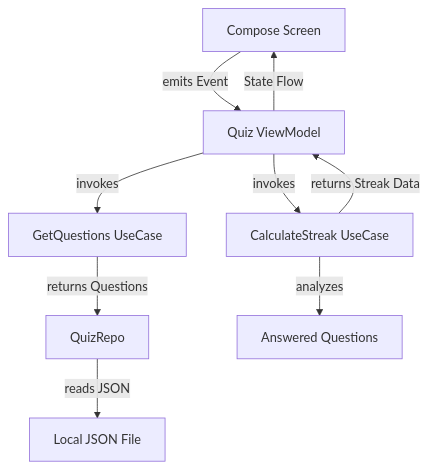
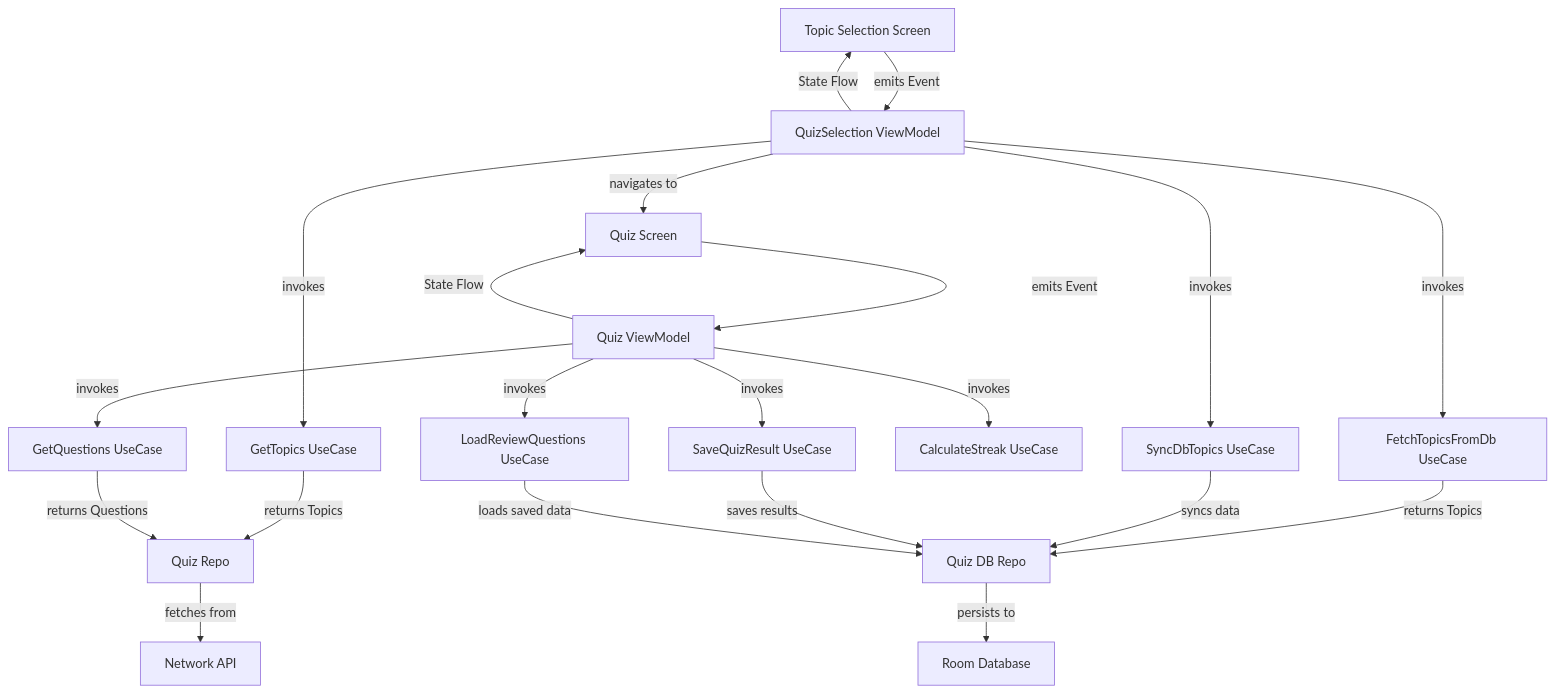
Before and after one commit to dedsec7599/Quiz-App: the diagram in README.md, drawn with Mermaid. The commit also changed other lines of this file, not shown here.

````diff
--- a/README.md
+++ b/README.md
@@ -124,11 +124,29 @@
 ```mermaid
 graph TD;
-ComposeScreen[Compose Screen] -->|emits Event| ViewModel[Quiz ViewModel];
-ViewModel -->|State Flow| ComposeScreen;
-ViewModel -->|invokes| GetQuestionsUseCase[GetQuestions UseCase];
-ViewModel -->|invokes| CalculateStreakUseCase[CalculateStreak UseCase];
-GetQuestionsUseCase -->|returns Questions| Repo[QuizRepo];
-CalculateStreakUseCase -->|analyzes| AnsweredQuestions[Answered Questions];
-CalculateStreakUseCase -->|returns Streak Data| ViewModel;
-Repo -->|reads JSON| DataSource[Local JSON File];
+    TopicScreen[Topic Selection Screen] -->|emits Event| TopicViewModel[QuizSelection ViewModel];
+    TopicViewModel -->|State Flow| TopicScreen;
+    TopicViewModel -->|navigates to| QuizScreen[Quiz Screen];
+    
+    QuizScreen -->|emits Event| QuizViewModel[Quiz ViewModel];
+    QuizViewModel -->|State Flow| QuizScreen;
+    
+    TopicViewModel -->|invokes| GetTopicsUseCase[GetTopics UseCase];
+    TopicViewModel -->|invokes| FetchTopicsFromDbUseCase[FetchTopicsFromDb UseCase];
+    TopicViewModel -->|invokes| SyncDbTopicsUseCase[SyncDbTopics UseCase];
+    
+    QuizViewModel -->|invokes| GetQuestionsUseCase[GetQuestions UseCase];
+    QuizViewModel -->|invokes| CalculateStreakUseCase[CalculateStreak UseCase];
+    QuizViewModel -->|invokes| SaveQuizResultUseCase[SaveQuizResult UseCase];
+    QuizViewModel -->|invokes| LoadReviewQuestionsUseCase[LoadReviewQuestions UseCase];
+    
+    GetTopicsUseCase -->|returns Topics| QuizRepo[Quiz Repo];
+    GetQuestionsUseCase -->|returns Questions| QuizRepo;
+    
+    FetchTopicsFromDbUseCase -->|returns Topics| QuizDBRepo[Quiz DB Repo];
+    SyncDbTopicsUseCase -->|syncs data| QuizDBRepo;
+    SaveQuizResultUseCase -->|saves results| QuizDBRepo;
+    LoadReviewQuestionsUseCase -->|loads saved data| QuizDBRepo;
+    
+    QuizRepo -->|fetches from| NetworkDataSource[Network API];
+    QuizDBRepo -->|persists to| RoomDatabase[Room Database];
 ```
````
